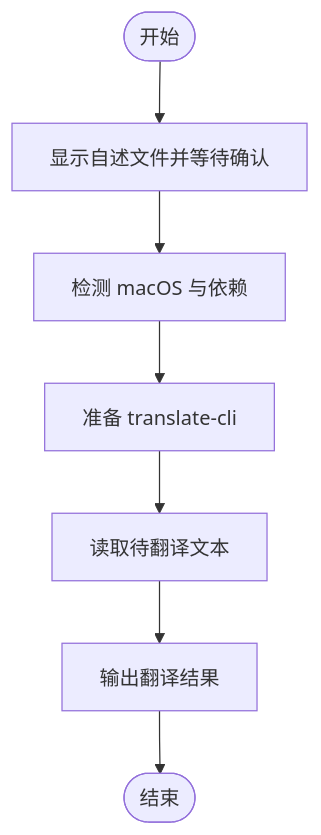
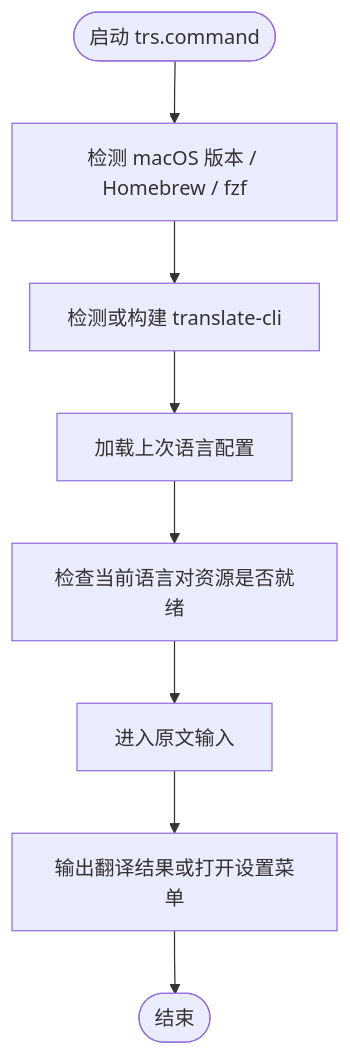
Before and after one commit to JobsKits/JobsMacEnvVarConfig: the diagram in scripts/trs.command/README.md, drawn with Mermaid. The commit also changed other lines of this file and 35 other files, not shown here.

````diff
--- a/scripts/trs.command/README.md
+++ b/scripts/trs.command/README.md
@@ -40,9 +36,18 @@
 ```mermaid
-graph TD
-    A([开始]) --> B[显示自述文件并等待确认]
-    B --> C[检测 macOS 与依赖]
-    C --> D[准备 translate-cli]
-    D --> E[读取待翻译文本]
-    E --> F[输出翻译结果]
-    F --> Z([结束])
+flowchart TD
+    A([启动 trs.command])
+    B[检测 macOS 版本 / Homebrew / fzf]
+    A --> B
+    C[检测或构建 translate-cli]
+    B --> C
+    D[加载上次语言配置]
+    C --> D
+    E[检查当前语言对资源是否就绪]
+    D --> E
+    F[进入原文输入]
+    E --> F
+    G[输出翻译结果或打开设置菜单]
+    F --> G
+    H([结束])
+    G --> H
 ```
````
